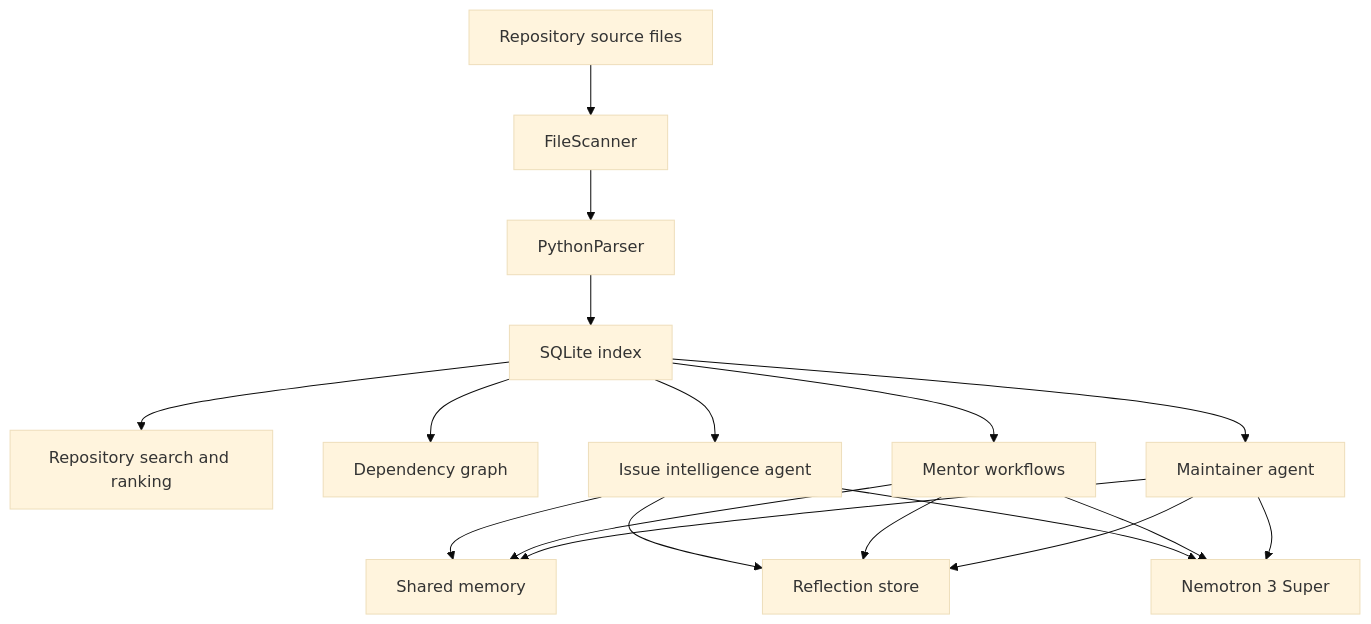
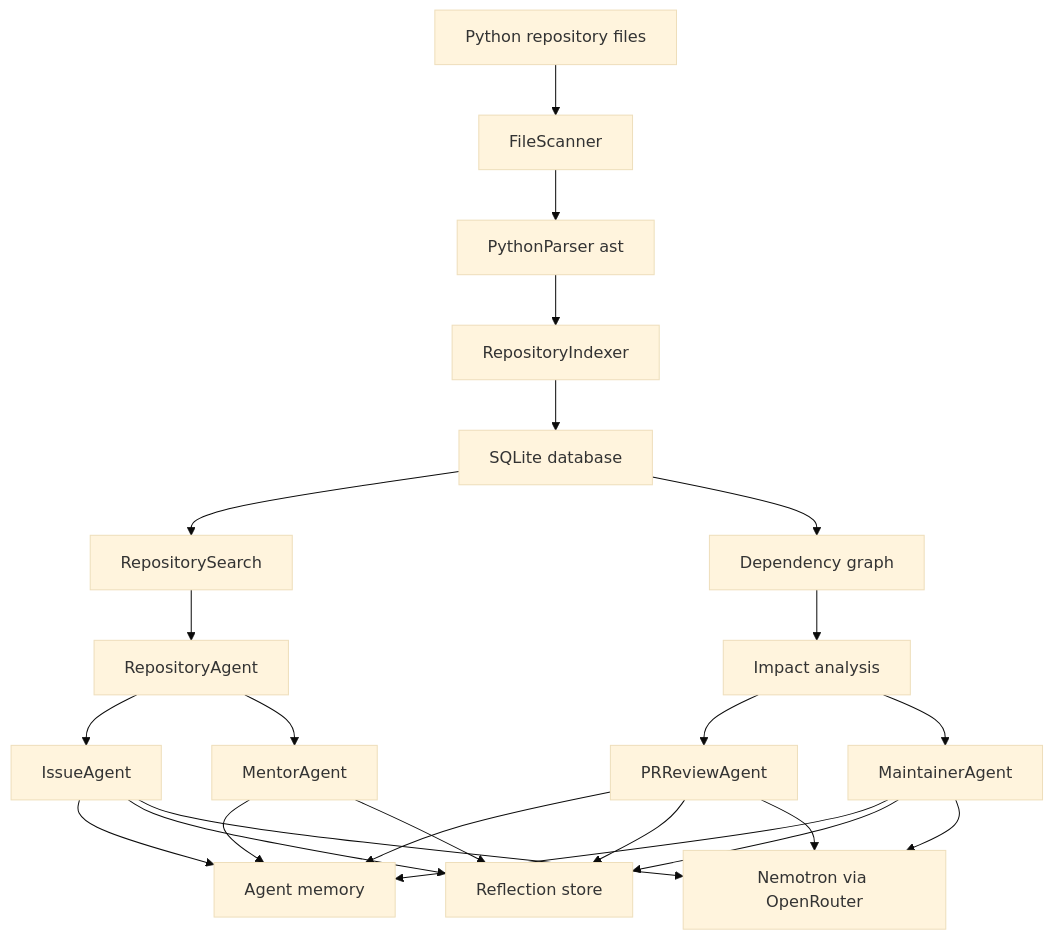
The diagram in README.md (aspathak2705/ForgeMind-Open-Source-Maintainer-Copilot-Contributor-Mentor-), drawn with Mermaid (base theme) before and after one commit. The commit also changed other lines of this file, not shown here.

````diff
--- a/README.md
+++ b/README.md
@@ -68,20 +68,26 @@
 ```mermaid
 flowchart TB
-    Repo["Repository source files"] --> Scan["FileScanner"]
-    Scan --> Parse["PythonParser"]
-    Parse --> DB["SQLite index"]
-    DB --> Search["Repository search and ranking"]
-    DB --> Graph["Dependency graph"]
-    DB --> Issue["Issue intelligence agent"]
-    DB --> Mentor["Mentor workflows"]
-    DB --> Maint["Maintainer agent"]
-    Issue --> Memory["Shared memory"]
-    Mentor --> Memory
-    Maint --> Memory
-    Issue --> Reflections["Reflection store"]
-    Mentor --> Reflections
-    Maint --> Reflections
-    Issue --> Nemotron["Nemotron 3 Super"]
-    Mentor --> Nemotron
-    Maint --> Nemotron
+    Repo["Python repository files"] --> Scanner["FileScanner"]
+    Scanner --> Parser["PythonParser ast"]
+    Parser --> Index["RepositoryIndexer"]
+    Index --> SQLite["SQLite database"]
+    SQLite --> Search["RepositorySearch"]
+    SQLite --> Graph["Dependency graph"]
+    Search --> RepoAgent["RepositoryAgent"]
+    Graph --> Impact["Impact analysis"]
+    RepoAgent --> IssueAgent["IssueAgent"]
+    RepoAgent --> MentorAgent["MentorAgent"]
+    Impact --> ReviewAgent["PRReviewAgent"]
+    Impact --> MaintainerAgent["MaintainerAgent"]
+    IssueAgent --> Memory["Agent memory"]
+    ReviewAgent --> Memory
+    MentorAgent --> Memory
+    MaintainerAgent --> Memory
+    IssueAgent --> Reflections["Reflection store"]
+    ReviewAgent --> Reflections
+    MentorAgent --> Reflections
+    MaintainerAgent --> Reflections
+    IssueAgent --> Nemotron["Nemotron via OpenRouter"]
+    ReviewAgent --> Nemotron
+    MaintainerAgent --> Nemotron
 ```
````
